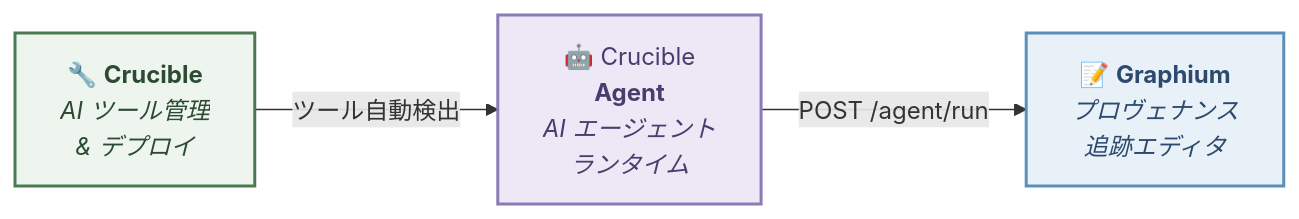
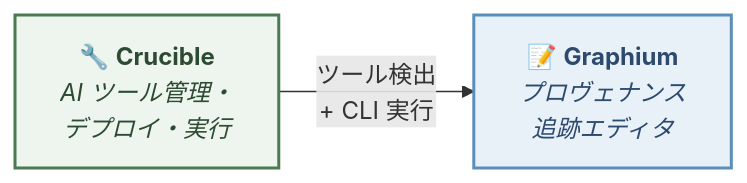
One commit to kumagallium/Crucible changed the second of 2 diagrams in README.ja.md. Above: the diagram before and after it, drawn with Mermaid. The commit also changed other lines of this file and 5 other files, not shown here.

First line of the commit message:
[feat] Add CLI execution engine (POST /api/cli/run)

````diff
--- a/README.ja.md
+++ b/README.ja.md
@@ -228,13 +229,10 @@
 ```mermaid
 graph LR
-    Registry["🔧 <b>Crucible</b><br/><i>AI ツール管理<br/>& デプロイ</i>"]
-    Agent["🤖 Crucible<br/><b>Agent</b><br/><i>AI エージェント<br/>ランタイム</i>"]
+    Registry["🔧 <b>Crucible</b><br/><i>AI ツール管理・<br/>デプロイ・実行</i>"]
     Graphium["📝 <b>Graphium</b><br/><i>プロヴェナンス<br/>追跡エディタ</i>"]
 
-    Registry -- "ツール自動検出" --> Agent
-    Agent -- "POST /agent/run" --> Graphium
+    Registry -- "ツール検出<br/>+ CLI 実行" --> Graphium
 
     style Registry fill:#edf5ee,stroke:#4B7A52,stroke-width:2px,color:#2d4a32
-    style Agent fill:#ede8f5,stroke:#8b7ab5,stroke-width:2px,color:#4a3d6e
     style Graphium fill:#e8f0f8,stroke:#5b8fb9,stroke-width:2px,color:#2d4a6e
 ```
````
